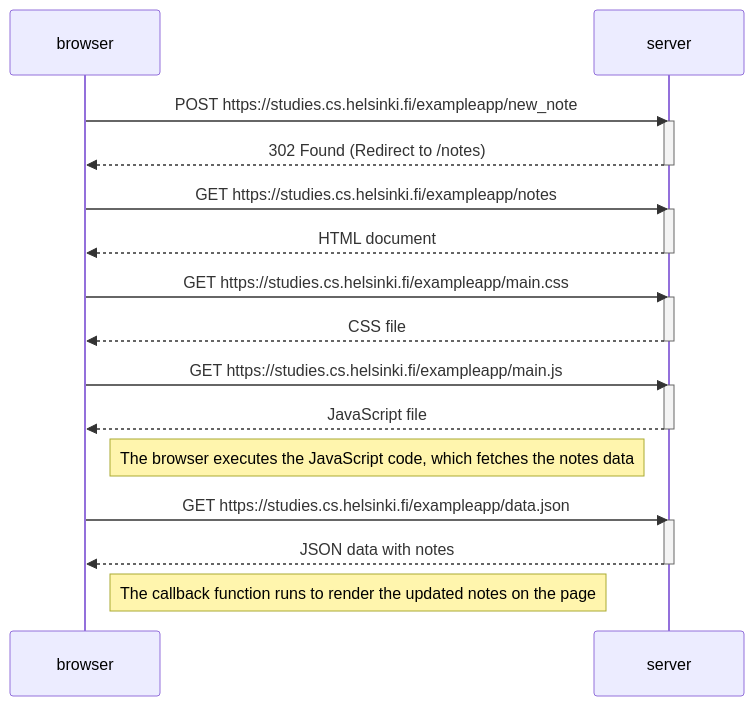
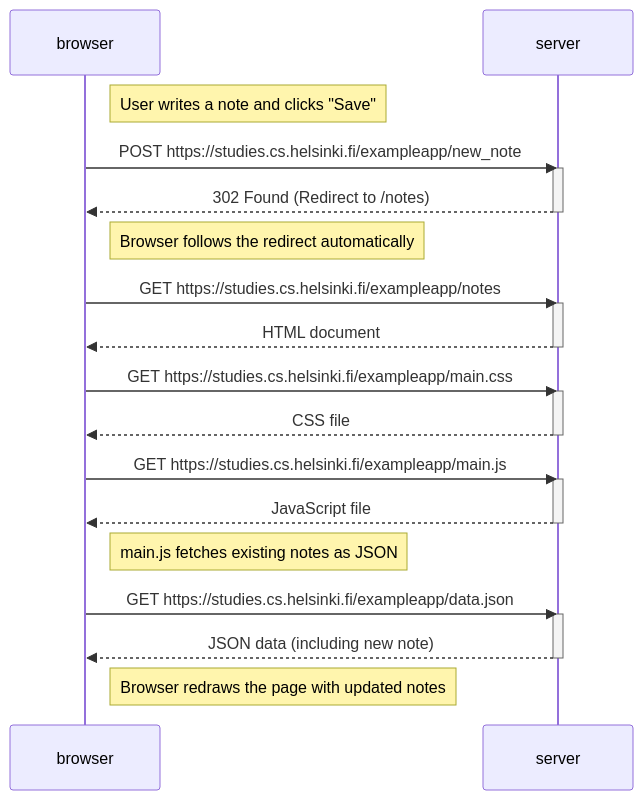
One commit to cnmf-education/fullstackopen2025 changed the diagram in part0/0.4_new_note_diagram.md. Above: the diagram before and after it, drawn with Mermaid.

Commit message:
updated with correction

````diff
--- a/part0/0.4_new_note_diagram.md
+++ b/part0/0.4_new_note_diagram.md
@@ -1,35 +1,39 @@
 ```mermaid 
 sequenceDiagram
     participant browser
     participant server
 
+    Note right of browser: User writes a note and clicks "Save"
+
     browser->>server: POST https://studies.cs.helsinki.fi/exampleapp/new_note
     activate server
     server-->>browser: 302 Found (Redirect to /notes)
     deactivate server
+
+    Note right of browser: Browser follows the redirect automatically
 
     browser->>server: GET https://studies.cs.helsinki.fi/exampleapp/notes
     activate server
     server-->>browser: HTML document
     deactivate server
 
     browser->>server: GET https://studies.cs.helsinki.fi/exampleapp/main.css
     activate server
     server-->>browser: CSS file
     deactivate server
 
     browser->>server: GET https://studies.cs.helsinki.fi/exampleapp/main.js
     activate server
     server-->>browser: JavaScript file
     deactivate server
 
-    Note right of browser: The browser executes the JavaScript code, which fetches the notes data
+    Note right of browser: main.js fetches existing notes as JSON
 
     browser->>server: GET https://studies.cs.helsinki.fi/exampleapp/data.json
     activate server
-    server-->>browser: JSON data with notes
+    server-->>browser: JSON data (including new note)
     deactivate server
 
-    Note right of browser: The callback function runs to render the updated notes on the page
+    Note right of browser: Browser redraws the page with updated notes
 
 ``` 
````
